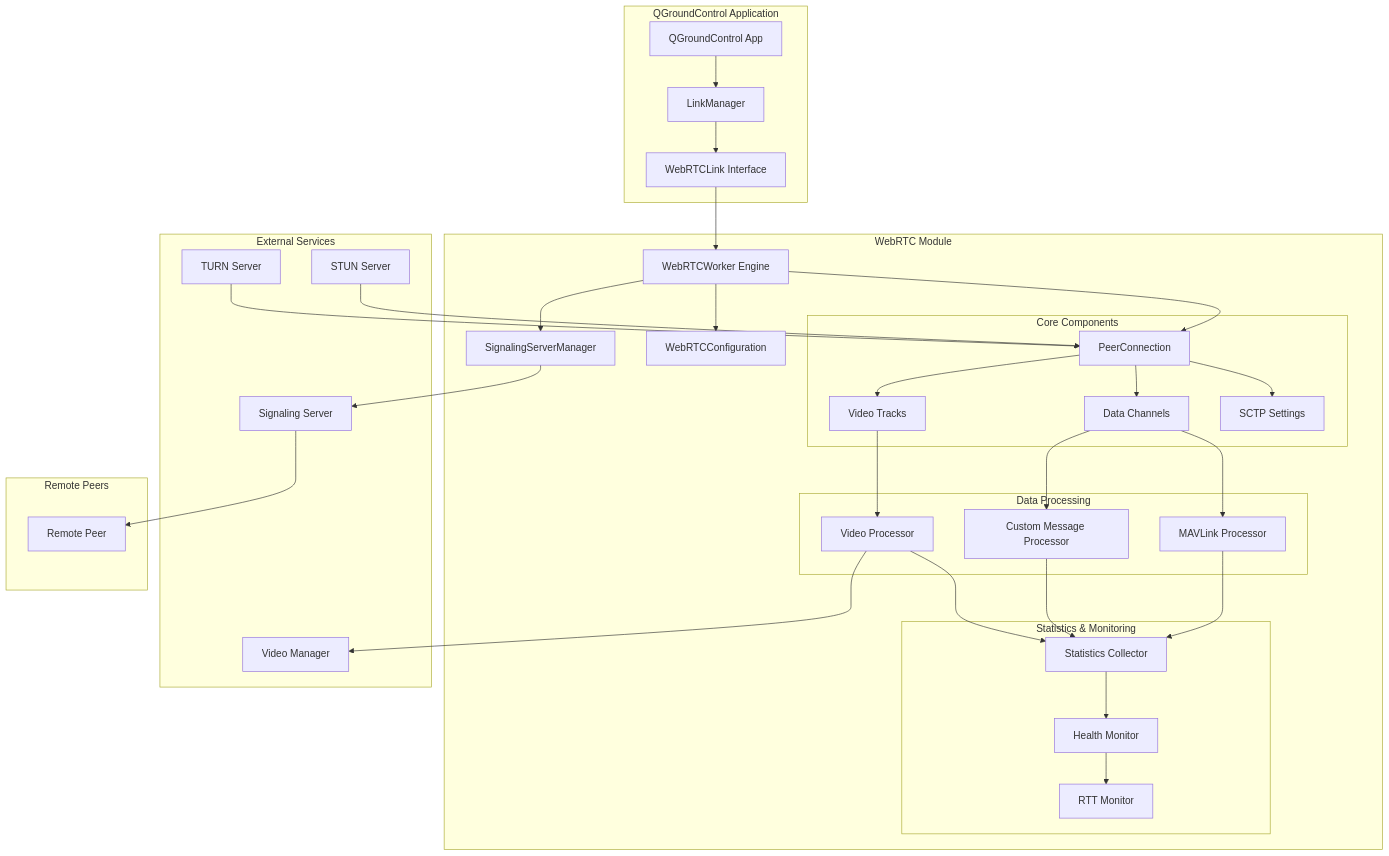
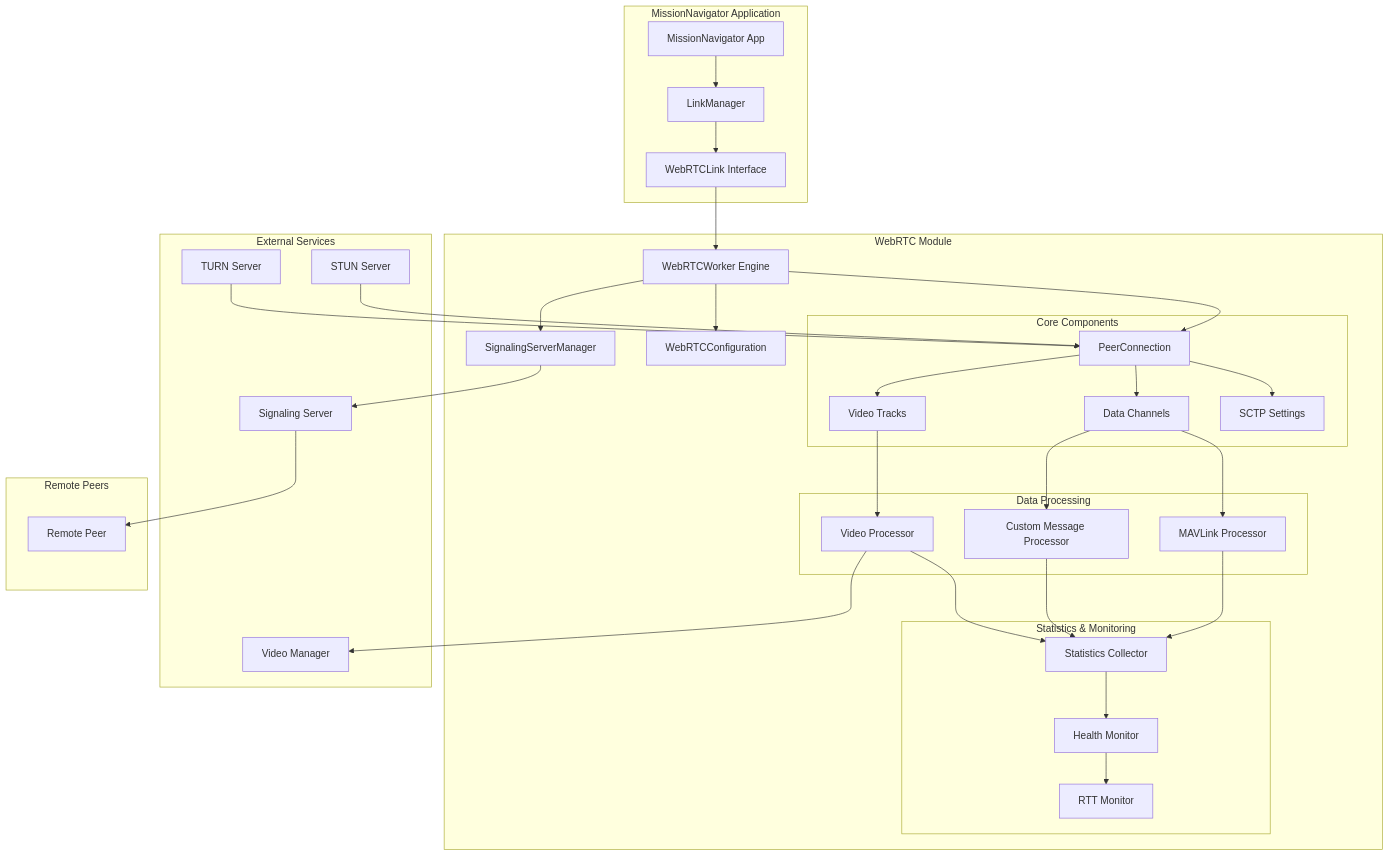
Before and after one commit to hsgang/qgroundcontrol: the first of 8 diagrams in WebRTC_Module_Logic_Diagram.md, drawn with Mermaid. The commit also changed other lines of this file and 2 other files, not shown here.

````diff
--- a/WebRTC_Module_Logic_Diagram.md
+++ b/WebRTC_Module_Logic_Diagram.md
@@ -16,73 +16,73 @@
 ```mermaid
 graph TB
-    subgraph "QGroundControl Application"
-        QGC[QGroundControl App]
+    subgraph "MissionNavigator Application"
+        MissionNavigator[MissionNavigator App]
         LinkManager[LinkManager]
         WebRTCLink[WebRTCLink Interface]
     end
     
     subgraph "WebRTC Module"
         WebRTCWorker[WebRTCWorker Engine]
         WebRTCConfig[WebRTCConfiguration]
         SignalingManager[SignalingServerManager]
         
         subgraph "Core Components"
             PeerConnection[PeerConnection]
             DataChannels[Data Channels]
             VideoTracks[Video Tracks]
             SCTPSettings[SCTP Settings]
         end
         
         subgraph "Data Processing"
             MavlinkProcessor[MAVLink Processor]
             CustomProcessor[Custom Message Processor]
             VideoProcessor[Video Processor]
         end
         
         subgraph "Statistics & Monitoring"
             StatsCollector[Statistics Collector]
             HealthMonitor[Health Monitor]
             RTTMonitor[RTT Monitor]
         end
     end
     
     subgraph "External Services"
         SignalingServer[Signaling Server]
         STUNServer[STUN Server]
         TURNServer[TURN Server]
         VideoManager[Video Manager]
     end
     
     subgraph "Remote Peers"
         RemotePeer[Remote Peer]
     end
     
-    QGC --> LinkManager
+    MissionNavigator --> LinkManager
     LinkManager --> WebRTCLink
     WebRTCLink --> WebRTCWorker
     WebRTCWorker --> WebRTCConfig
     WebRTCWorker --> SignalingManager
     
     WebRTCWorker --> PeerConnection
     PeerConnection --> DataChannels
     PeerConnection --> VideoTracks
     PeerConnection --> SCTPSettings
     
     DataChannels --> MavlinkProcessor
     DataChannels --> CustomProcessor
     VideoTracks --> VideoProcessor
     
     MavlinkProcessor --> StatsCollector
     CustomProcessor --> StatsCollector
     VideoProcessor --> StatsCollector
     
     StatsCollector --> HealthMonitor
     HealthMonitor --> RTTMonitor
     
     SignalingManager --> SignalingServer
     STUNServer --> PeerConnection
     TURNServer --> PeerConnection
     VideoProcessor --> VideoManager
     
     SignalingServer --> RemotePeer
 ```
````
